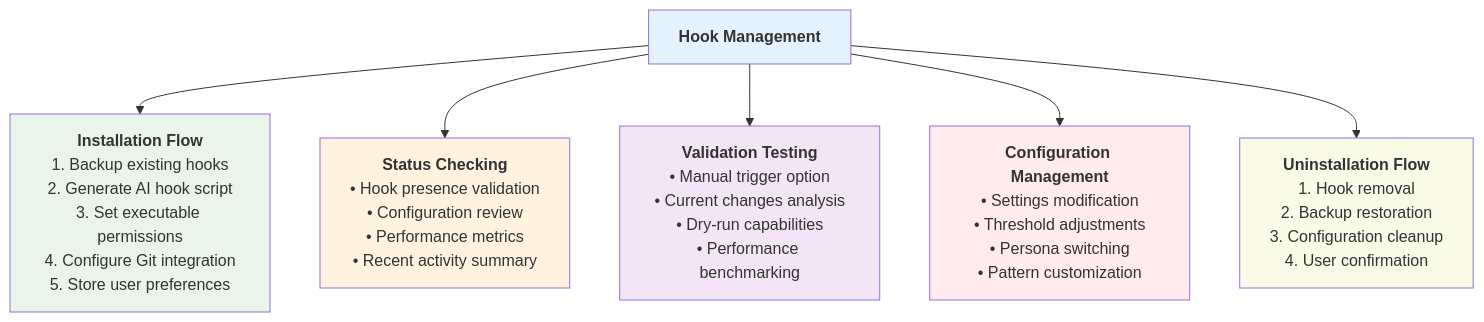
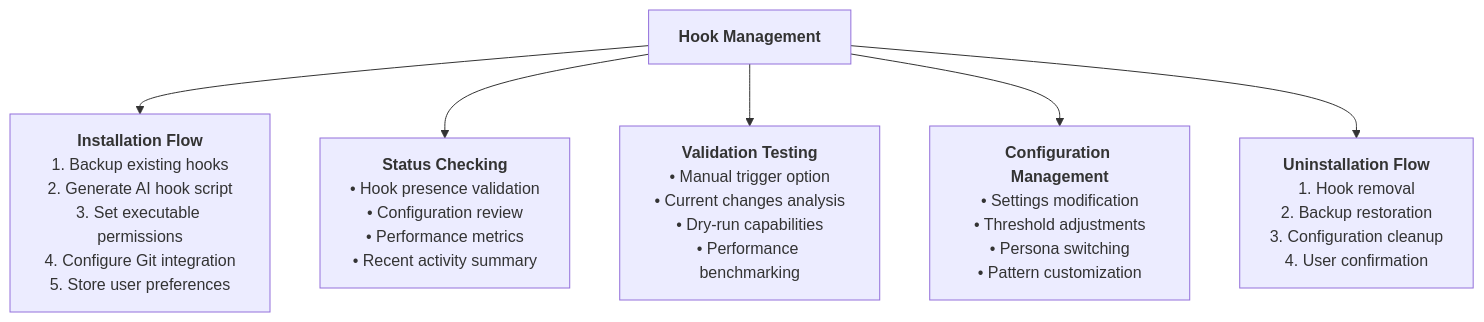
The fifth of 10 diagrams in docs/diagrams/mastro-hooks-flow.md (geogoesbeepboop/mastro), drawn with Mermaid before and after one commit. The commit also changed other lines of this file and 5 other files, not shown here.

First line of the commit message:
docs: update analytics and flow diagrams for clarity

````diff
--- a/docs/diagrams/mastro-hooks-flow.md
+++ b/docs/diagrams/mastro-hooks-flow.md
@@ -251,40 +259,42 @@
 ```mermaid
+
 flowchart TB
     HMO["`**Hook Management**`"] --> INST["`**Installation Flow**
     1. Backup existing hooks
     2. Generate AI hook script
     3. Set executable permissions
     4. Configure Git integration
     5. Store user preferences`"]
     
     HMO --> STAT["`**Status Checking**
     • Hook presence validation
     • Configuration review
     • Performance metrics
     • Recent activity summary`"]
     
     HMO --> VAL["`**Validation Testing**
     • Manual trigger option
     • Current changes analysis
     • Dry-run capabilities
     • Performance benchmarking`"]
     
     HMO --> CONF["`**Configuration Management**
     • Settings modification
     • Threshold adjustments
     • Persona switching
     • Pattern customization`"]
     
     HMO --> UNINST["`**Uninstallation Flow**
     1. Hook removal
     2. Backup restoration
     3. Configuration cleanup
     4. User confirmation`"]
 
-    style HMO fill:#e3f2fd
-    style INST fill:#e8f5e8
-    style STAT fill:#fff3e0
-    style VAL fill:#f3e5f5
-    style CONF fill:#ffebee
-    style UNINST fill:#f9fbe7
+    style HMO fill:#e3f2fd color:#000000
+    style INST fill:#e8f5e8 color:#000000
+    style STAT fill:#fff3e0 color:#000000
+    style VAL fill:#f3e5f5 color:#000000
+    style CONF fill:#ffebee color:#000000
+    style UNINST fill:#f9fbe7 color:#000000
+
 ```
````
